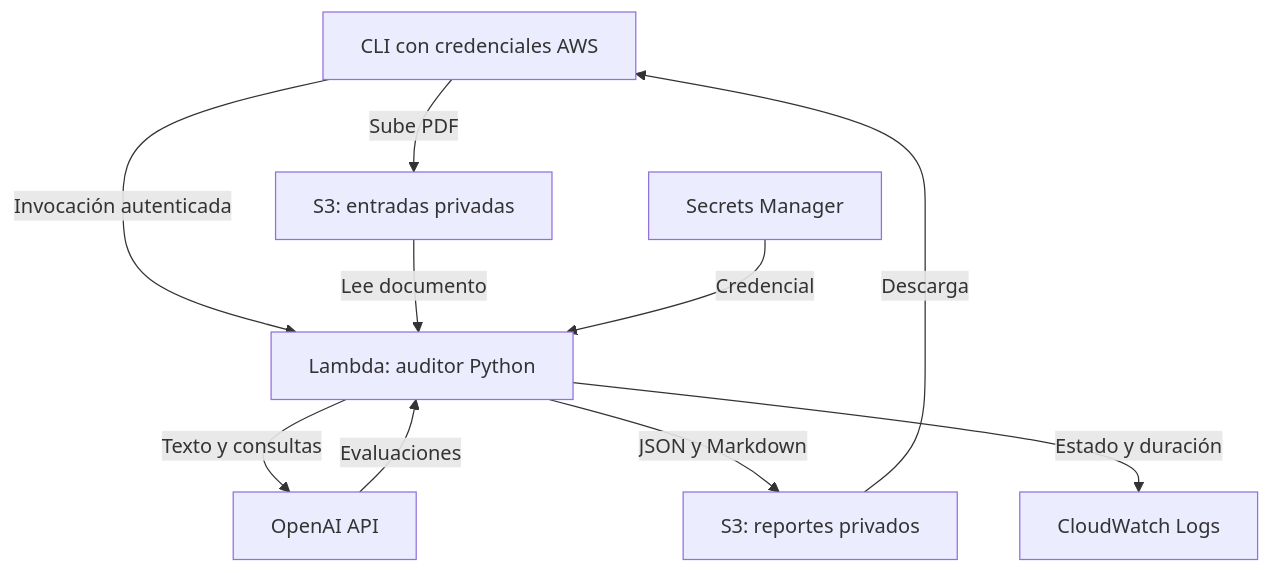
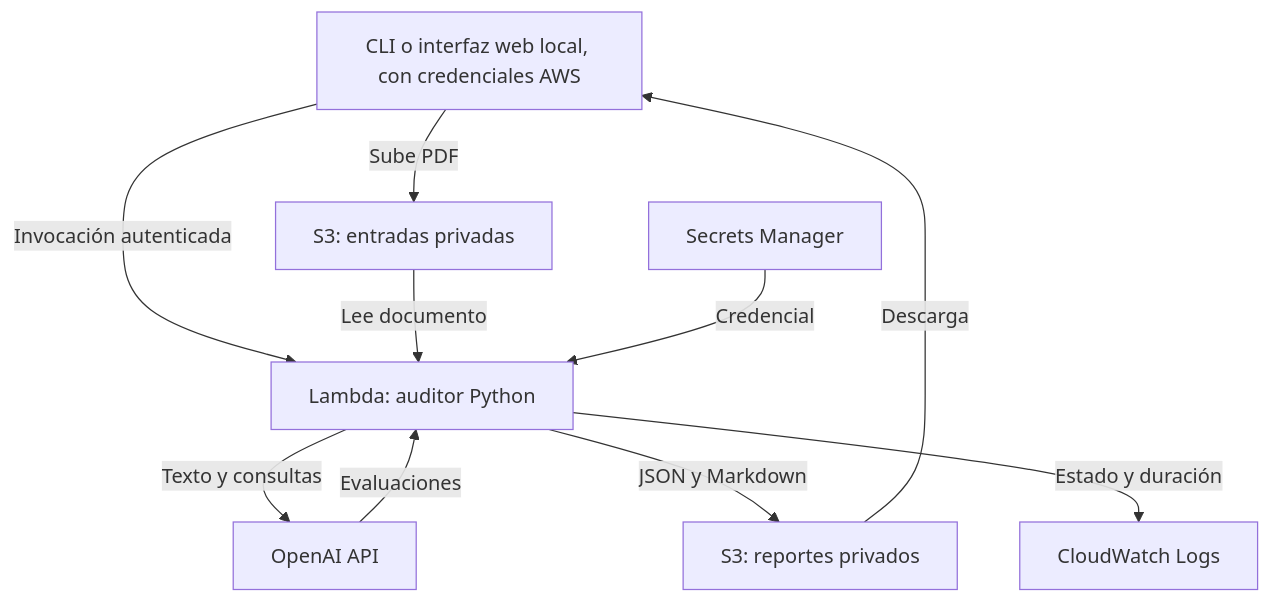
One commit to Michell-Mar/NLP-auditoria-rag changed the diagram in nlp-aws-corregido/README.md. Above: the diagram before and after it, drawn with Mermaid. The commit also changed other lines of this file and 32 other files, not shown here.

````diff
--- a/nlp-aws-corregido/README.md
+++ b/nlp-aws-corregido/README.md
@@ -21,12 +21,12 @@
 ```mermaid
 flowchart TD
-    U["CLI con credenciales AWS"] -->|"Sube PDF"| I["S3: entradas privadas"]
+    U["CLI o interfaz web local, con credenciales AWS"] -->|"Sube PDF"| I["S3: entradas privadas"]
     U -->|"Invocación autenticada"| L["Lambda: auditor Python"]
     I -->|"Lee documento"| L
     S["Secrets Manager"] -->|"Credencial"| L
     L -->|"Texto y consultas"| O["OpenAI API"]
     O -->|"Evaluaciones"| L
     L -->|"JSON y Markdown"| R["S3: reportes privados"]
     R -->|"Descarga"| U
     L -->|"Estado y duración"| C["CloudWatch Logs"]
 ```
````
